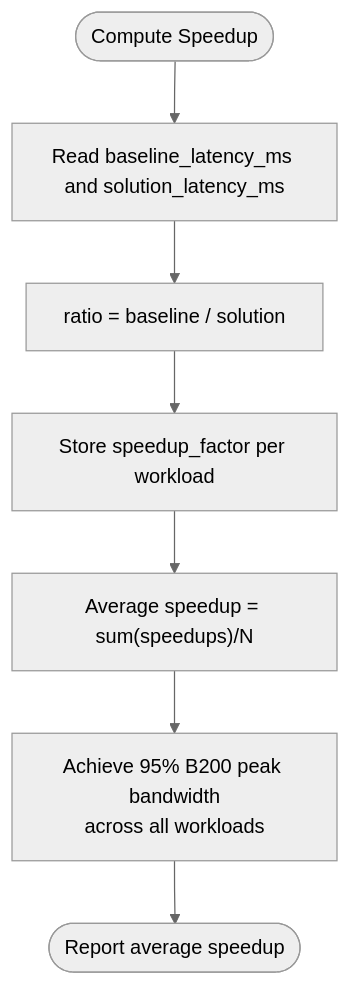
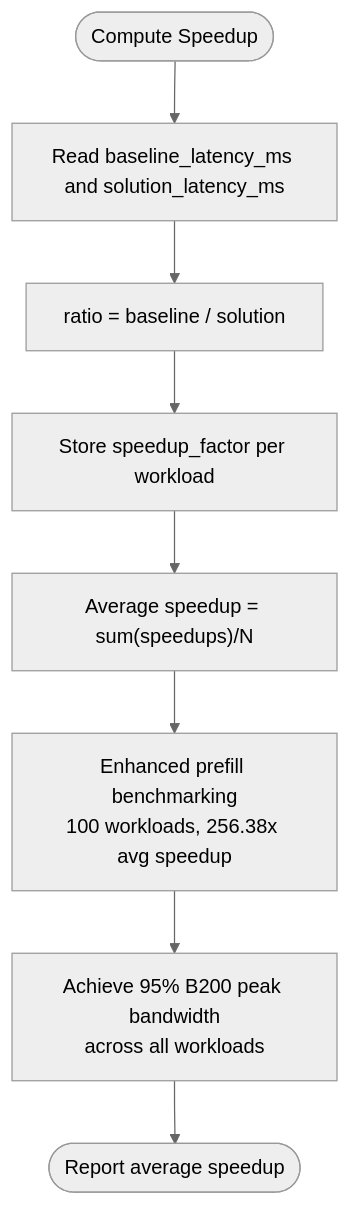
One commit to gugudeshubao/flashinfer-bench-tma-thrust changed diagram 17 of 18 in .qoder/repowiki/en/content/Performance Analysis/Performance Analysis.md. Above: the diagram before and after it, drawn with Mermaid (neutral theme). The commit also changed other lines of this file and 46 other files, not shown here.

````diff
--- a/.qoder/repowiki/en/content/Performance Analysis/Performance Analysis.md
+++ b/.qoder/repowiki/en/content/Performance Analysis/Performance Analysis.md
@@ -1089,9 +1246,10 @@
 ```mermaid
 flowchart TD
 Start(["Compute Speedup"]) --> Lat["Read baseline_latency_ms and solution_latency_ms"]
 Lat --> Ratio["ratio = baseline / solution"]
 Ratio --> Store["Store speedup_factor per workload"]
 Store --> Avg["Average speedup = sum(speedups)/N"]
-Avg --> PeakAchievement["Achieve 95% B200 peak bandwidth<br/>across all workloads"]
+Avg --> EnhancedPrefill["Enhanced prefill benchmarking<br/>100 workloads, 256.38x avg speedup"]
+EnhancedPrefill --> PeakAchievement["Achieve 95% B200 peak bandwidth<br/>across all workloads"]
 PeakAchievement --> End(["Report average speedup"])
 ```
````
